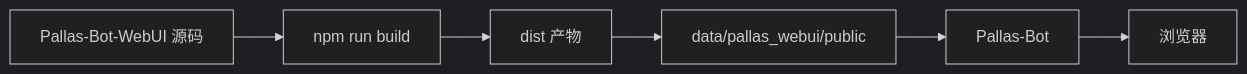
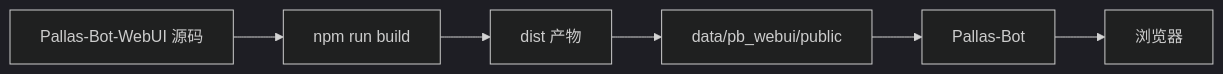
Before and after one commit to TogetsuDo/Pallas-Bot: the diagram in docs/maintainer/install/webui.md, drawn with Mermaid (dark theme). The commit also changed other lines of this file and 15 other files, not shown here.

````diff
--- a/docs/maintainer/install/webui.md
+++ b/docs/maintainer/install/webui.md
@@ -27,11 +27,11 @@
 ```mermaid
 flowchart LR
     Source[Pallas-Bot-WebUI 源码]
     Build[npm run build]
     Dist[dist 产物]
-    Runtime[data/pallas_webui/public]
+    Runtime[data/pb_webui/public]
     Bot[Pallas-Bot]
     Browser[浏览器]
 
     Source --> Build --> Dist --> Runtime --> Bot --> Browser
 ```
````
